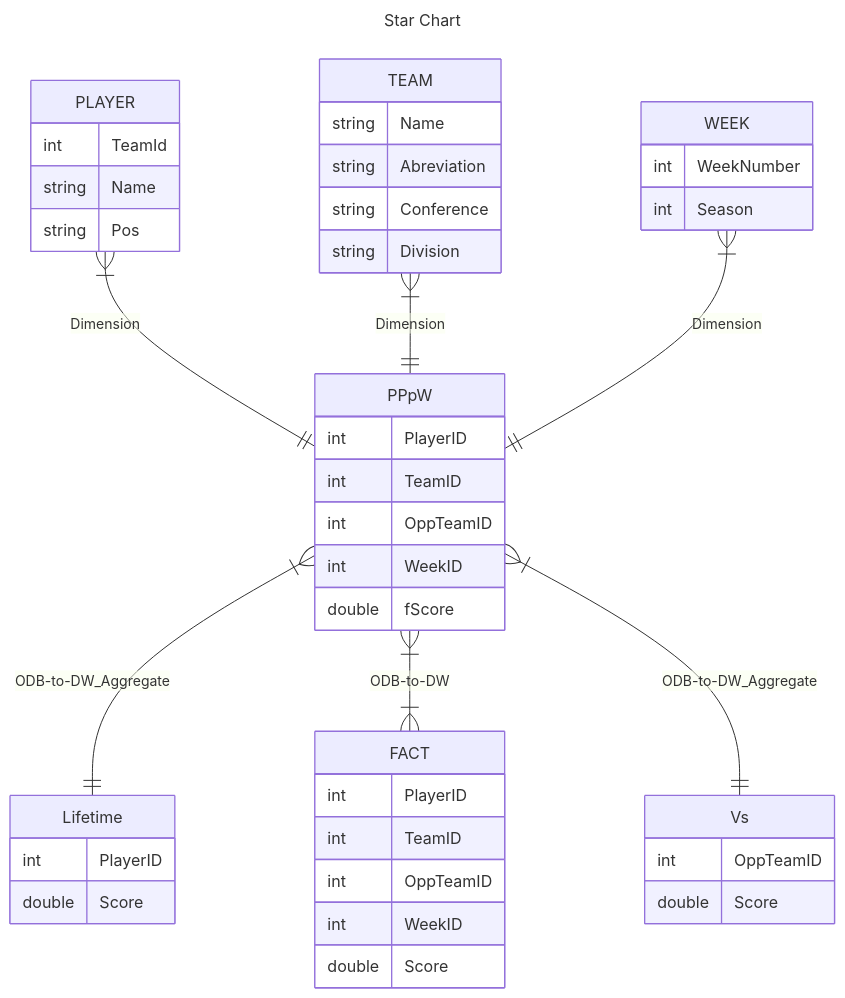
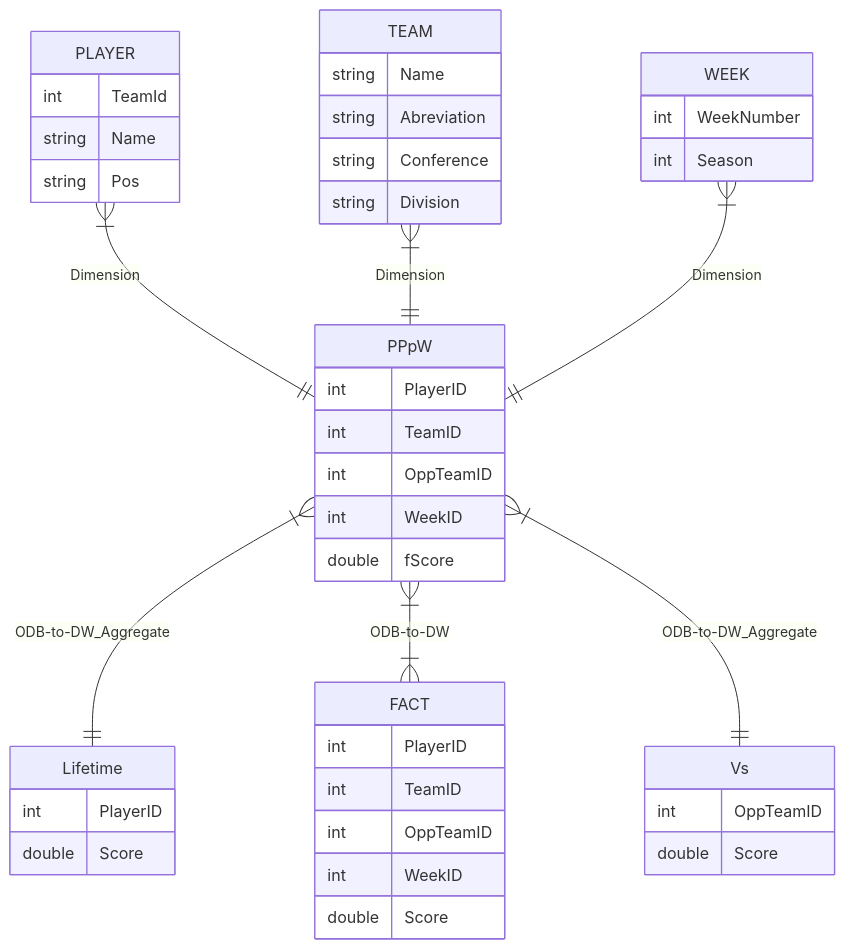
The diagram in README.md (narekb8/INFSCI-1540-Project), drawn with Mermaid before and after one commit. The commit also changed other lines of this file and 1 other file, not shown here.

Commit message:
Improved Star Diagram and added PDF version

````diff
--- a/README.md
+++ b/README.md
@@ -24,49 +24,46 @@
 ```mermaid
----
-title: Star Chart
----
 erDiagram
   PLAYER }|--|| PPpW: Dimension
   PLAYER {
     int TeamId
     string Name
     string Pos
   }
   PPpW {
     int PlayerID
     int TeamID
     int OppTeamID
     int WeekID
     double fScore
   }
   FACT {
     int PlayerID
     int TeamID
     int OppTeamID
     int WeekID
     double Score
   }
   TEAM }|--|| PPpW: Dimension
   TEAM {
     string Name
     string Abreviation
     string Conference
     string Division
   }
   WEEK }|--|| PPpW: Dimension
   WEEK {
     int WeekNumber
     int Season
   }
   PPpW}|--|| Lifetime: ODB-to-DW_Aggregate
   Lifetime {
     int PlayerID
     double Score
   }
   PPpW }|--|{ FACT: ODB-to-DW
   PPpW}|--|| Vs: ODB-to-DW_Aggregate
   Vs {
     int OppTeamID
     double Score
   }
 ```
````
